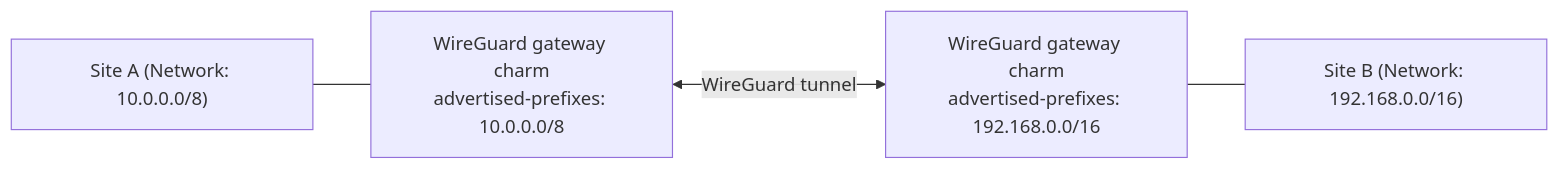
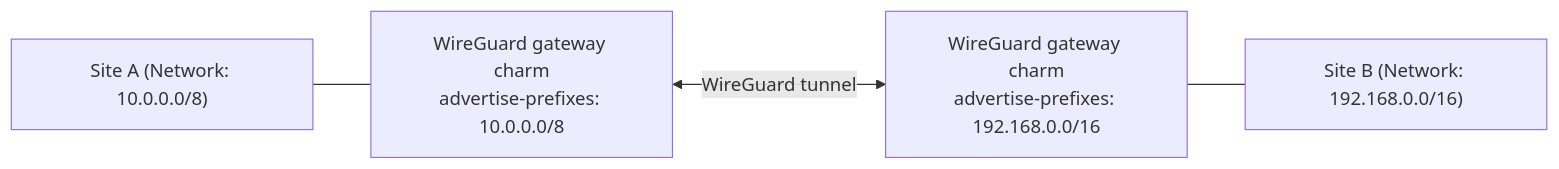
Before and after one commit to canonical/wireguard-gateway-operator: the diagram in docs/how-to/decide-advertise-prefixes.md, drawn with Mermaid. The commit also changed other lines of this file and 2 other files, not shown here.

````diff
--- a/docs/how-to/decide-advertise-prefixes.md
+++ b/docs/how-to/decide-advertise-prefixes.md
@@ -26,10 +27,10 @@
 ```{mermaid}
 flowchart LR
     siteA["Site A (Network: 10.0.0.0/8)"]
     siteB["Site B (Network: 192.168.0.0/16)"]
-    wireguardA["WireGuard gateway charm<br/>advertised-prefixes: 10.0.0.0/8"]
-    wireguardB["WireGuard gateway charm<br/>advertised-prefixes: 192.168.0.0/16"]
+    wireguardA["WireGuard gateway charm<br/>advertise-prefixes: 10.0.0.0/8"]
+    wireguardB["WireGuard gateway charm<br/>advertise-prefixes: 192.168.0.0/16"]
     siteA --- wireguardA
     wireguardA <-->|WireGuard tunnel| wireguardB
     wireguardB --- siteB
 ```
````
